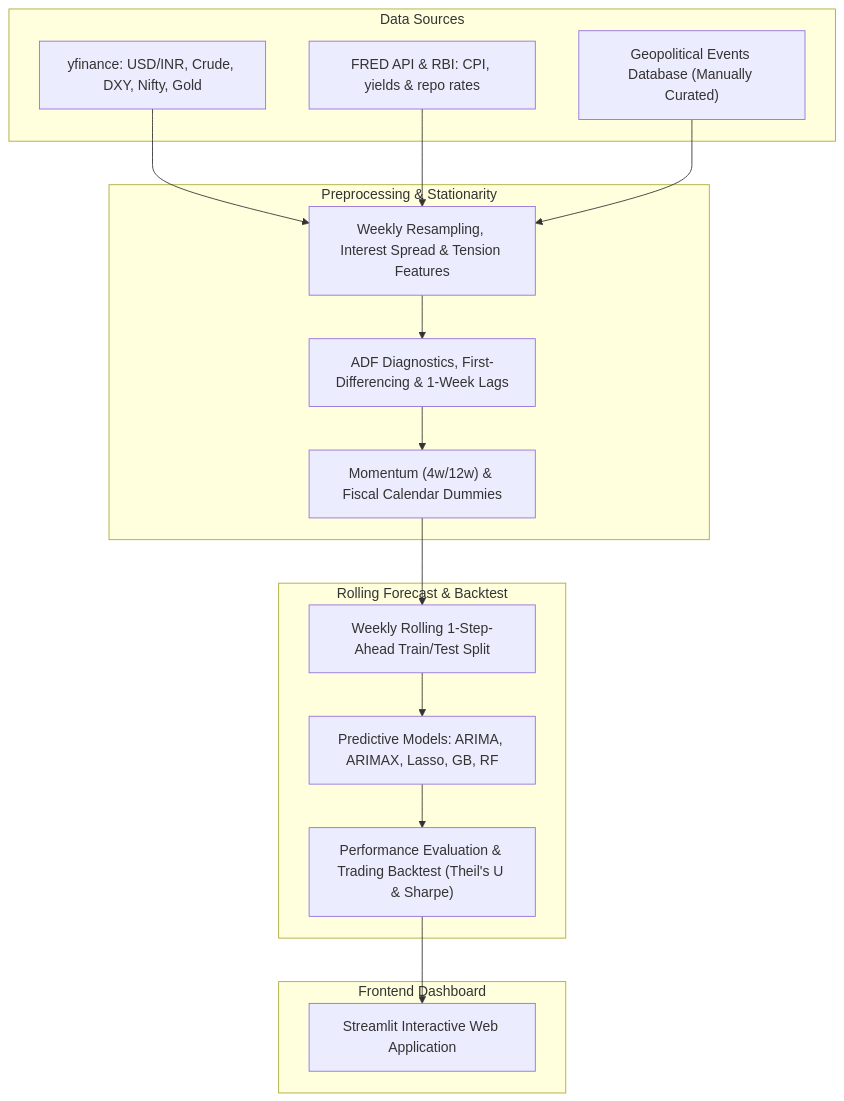
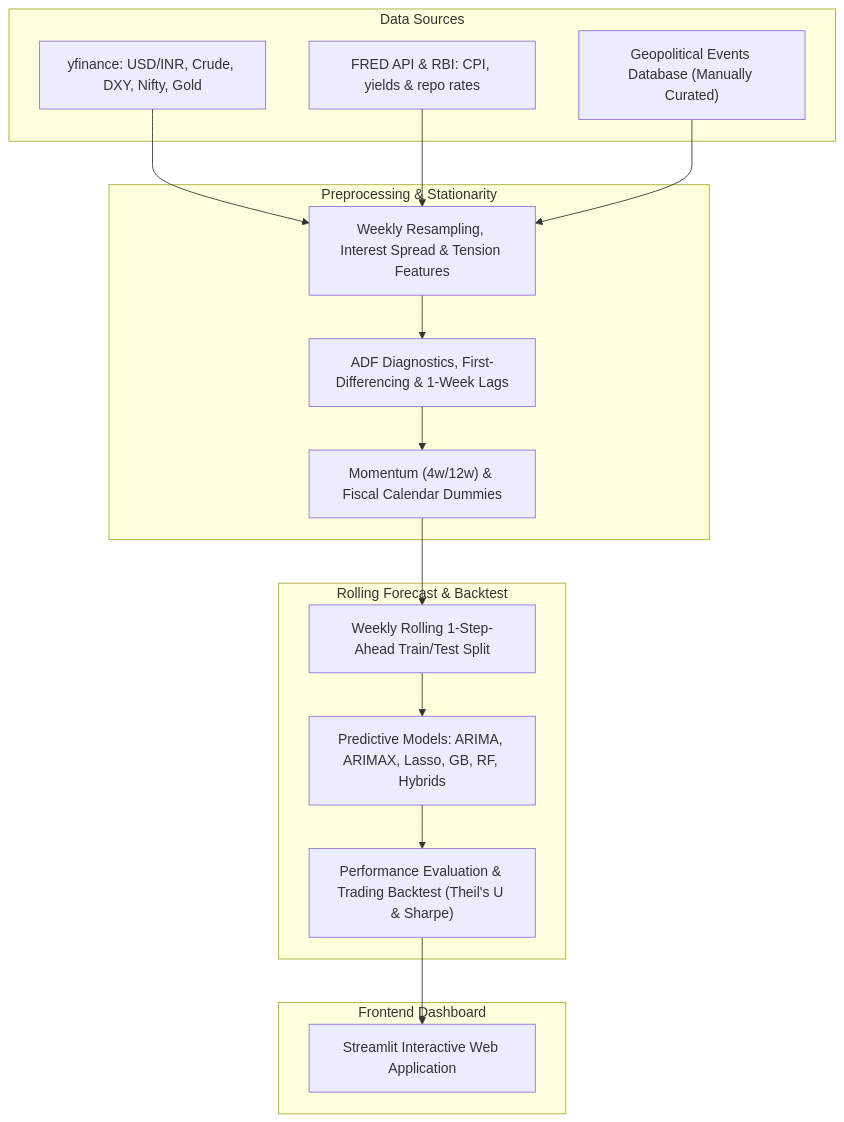
The diagram in README.md (srishti7103/RupeeRisk), drawn with Mermaid before and after one commit. The commit also changed other lines of this file and 9 other files, not shown here.

Commit message:
Update forecasting notebooks, pipeline, app, and reports to include ARIMA-ML hybrid models

````diff
--- a/README.md
+++ b/README.md
@@ -20,37 +20,37 @@
 ```mermaid
 graph TD
     %% Data Sources
     subgraph Data Sources
         YF["yfinance: USD/INR, Crude, DXY, Nifty, Gold"]
         FRED["FRED API & RBI: CPI, yields & repo rates"]
         GEOP["Geopolitical Events Database (Manually Curated)"]
     end
 
     %% Preprocessing & Engine
     subgraph Preprocessing & Stationarity
         PREP["Weekly Resampling, Interest Spread & Tension Features"]
         ENG["ADF Diagnostics, First-Differencing & 1-Week Lags"]
         FEAT["Momentum (4w/12w) & Fiscal Calendar Dummies"]
     end
 
     %% Modeling Loop
     subgraph Rolling Forecast & Backtest
         LOOP["Weekly Rolling 1-Step-Ahead Train/Test Split"]
-        MODELS["Predictive Models: ARIMA, ARIMAX, Lasso, GB, RF"]
+        MODELS["Predictive Models: ARIMA, ARIMAX, Lasso, GB, RF, Hybrids"]
         EVAL["Performance Evaluation & Trading Backtest (Theil's U & Sharpe)"]
     end
 
     %% Serve
     subgraph Frontend Dashboard
         APP["Streamlit Interactive Web Application"]
     end
 
     %% Flow Connections
     YF & FRED & GEOP --> PREP
     PREP --> ENG
     ENG --> FEAT
     FEAT --> LOOP
     LOOP --> MODELS
     MODELS --> EVAL
     EVAL --> APP
 ```
````
